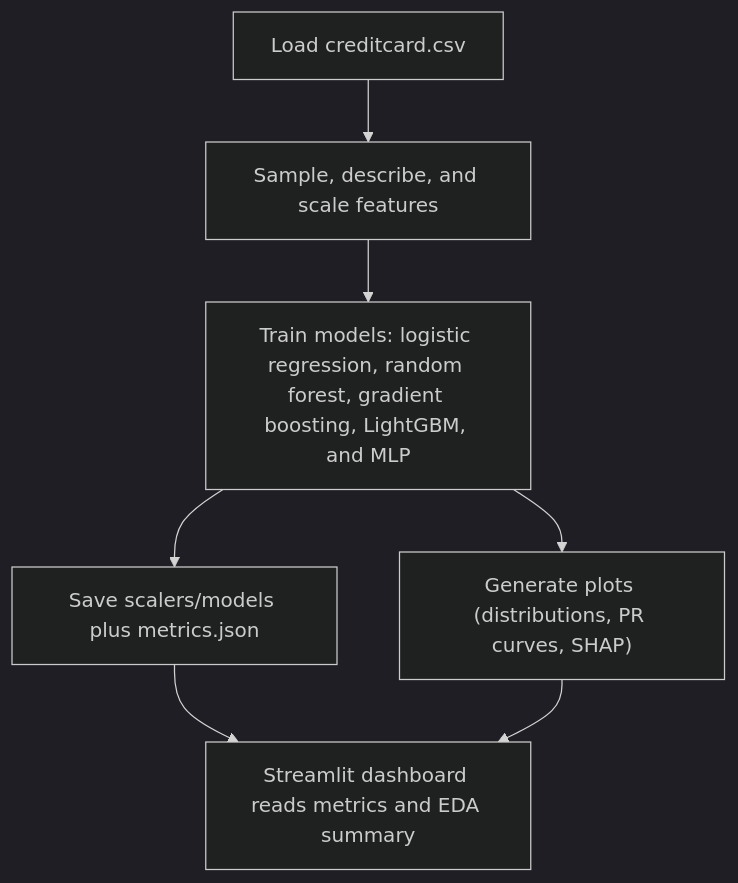
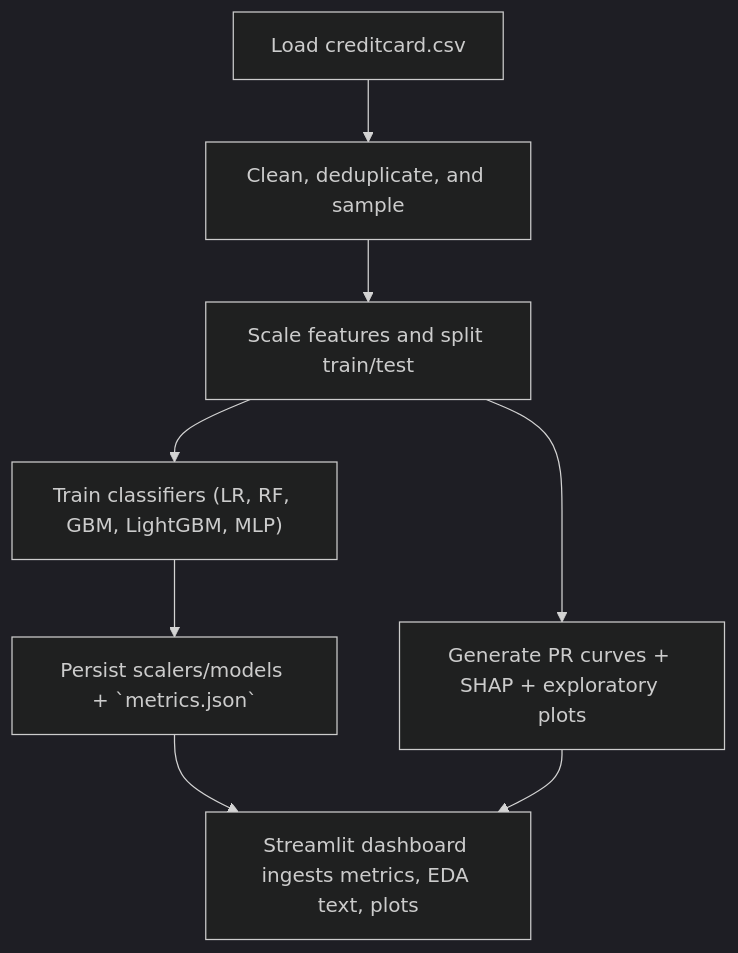
One commit to khalidKE/DataMining changed the first of 2 diagrams in README.md. Above: the diagram before and after it, drawn with Mermaid (dark theme). The commit also changed other lines of this file and 1 other file, not shown here.

````diff
--- a/README.md
+++ b/README.md
@@ -45,9 +45,10 @@
 ```mermaid
 flowchart TD
-    A["Load creditcard.csv"] --> B["Sample, describe, and scale features"]
-    B --> C["Train models: logistic regression, random forest, gradient boosting, LightGBM, and MLP"]
-    C --> D["Save scalers/models plus metrics.json"]
-    C --> E["Generate plots (distributions, PR curves, SHAP)"]
-    D --> F["Streamlit dashboard reads metrics and EDA summary"]
-    E --> F
+    A["Load creditcard.csv"] --> B["Clean, deduplicate, and sample"] 
+    B --> C["Scale features and split train/test"]
+    C --> D["Train classifiers (LR, RF, GBM, LightGBM, MLP)"]
+    D --> E["Persist scalers/models + `metrics.json`"]
+    C --> F["Generate PR curves + SHAP + exploratory plots"]
+    E --> G["Streamlit dashboard ingests metrics, EDA text, plots"]
+    F --> G
 ```
````
